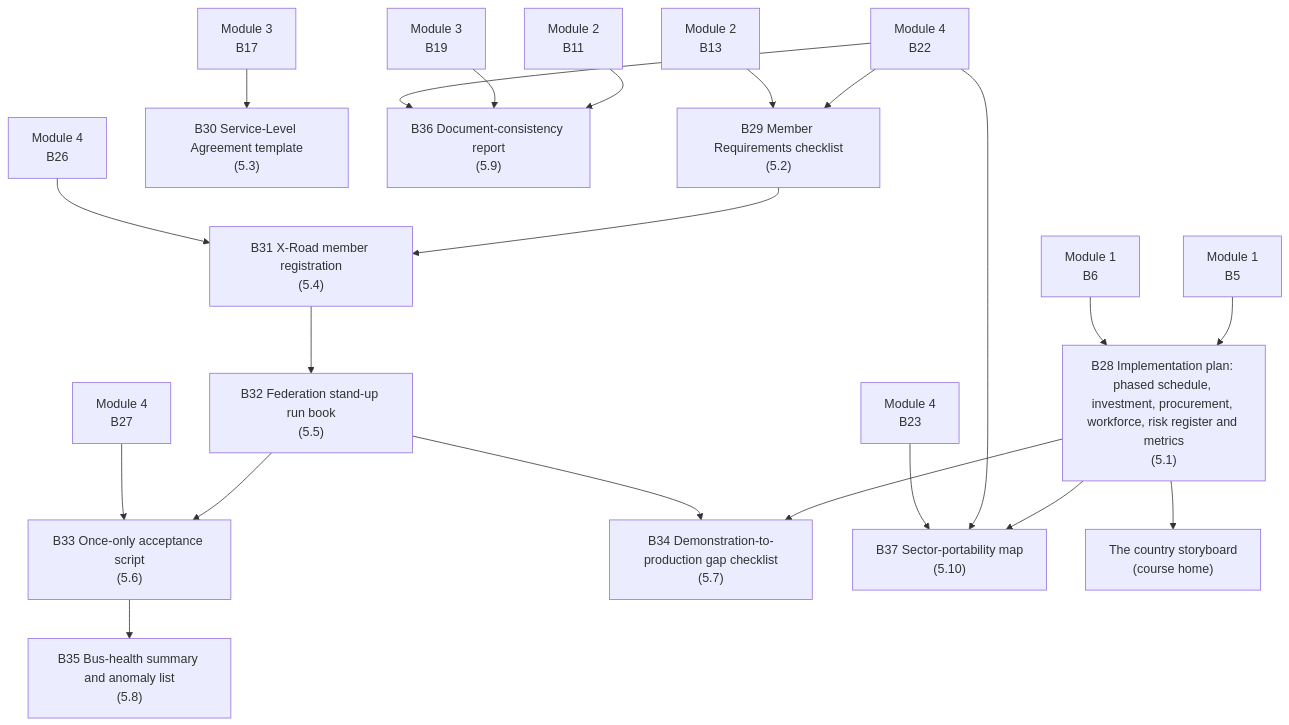
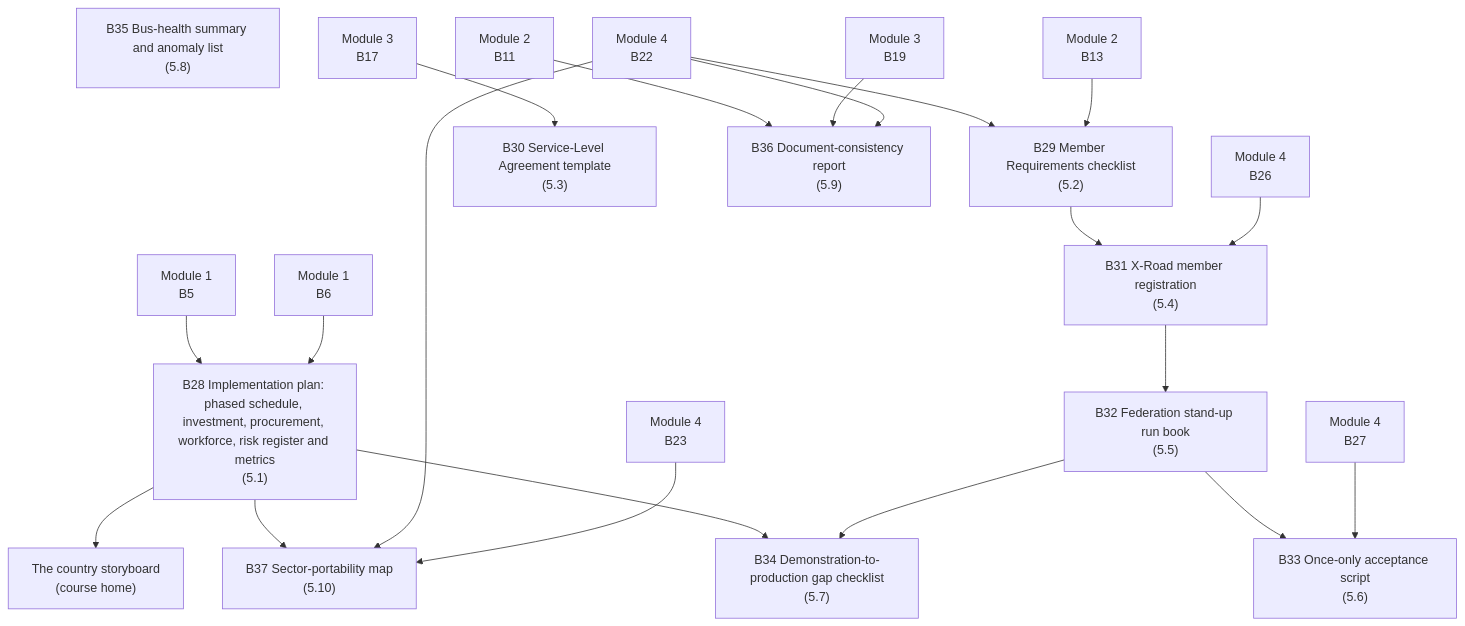
One commit to aarelaponin/geatdm-framework changed the diagram in 10-Knowledge-Products/gitbook/kp2/module-5/README.md. Above: the diagram before and after it, drawn with Mermaid. The commit also changed other lines of this file and 12 other files, not shown here.

````diff
--- a/10-Knowledge-Products/gitbook/kp2/module-5/README.md
+++ b/10-Knowledge-Products/gitbook/kp2/module-5/README.md
@@ -43,44 +43,43 @@
 ```mermaid
 flowchart TD
     B28["B28 Implementation plan: phased schedule, investment, procurement, workforce, risk register and metrics\n(5.1)"]
     B29["B29 Member Requirements checklist\n(5.2)"]
     B30["B30 Service-Level Agreement template\n(5.3)"]
     B31["B31 X-Road member registration\n(5.4)"]
     B32["B32 Federation stand-up run book\n(5.5)"]
     B33["B33 Once-only acceptance script\n(5.6)"]
     B34["B34 Demonstration-to-production gap checklist\n(5.7)"]
     B35["B35 Bus-health summary and anomaly list\n(5.8)"]
     B36["B36 Document-consistency report\n(5.9)"]
     B37["B37 Sector-portability map\n(5.10)"]
     M1_B5["Module 1\nB5"]
     M1_B6["Module 1\nB6"]
     HOME["The country storyboard\n(course home)"]
     M4_B22["Module 4\nB22"]
     M2_B13["Module 2\nB13"]
     M3_B17["Module 3\nB17"]
     M4_B26["Module 4\nB26"]
     M4_B27["Module 4\nB27"]
     M2_B11["Module 2\nB11"]
     M3_B19["Module 3\nB19"]
     M4_B23["Module 4\nB23"]
     M1_B5 --> B28
     M1_B6 --> B28
     B28 --> B34
     B28 --> B37
     B28 --> HOME
     M4_B22 --> B29
     M2_B13 --> B29
     B29 --> B31
     M3_B17 --> B30
     M4_B26 --> B31
     B31 --> B32
     B32 --> B33
     B32 --> B34
     M4_B27 --> B33
-    B33 --> B35
     M2_B11 --> B36
     M3_B19 --> B36
     M4_B22 --> B36
     M4_B22 --> B37
     M4_B23 --> B37
 ```
````
